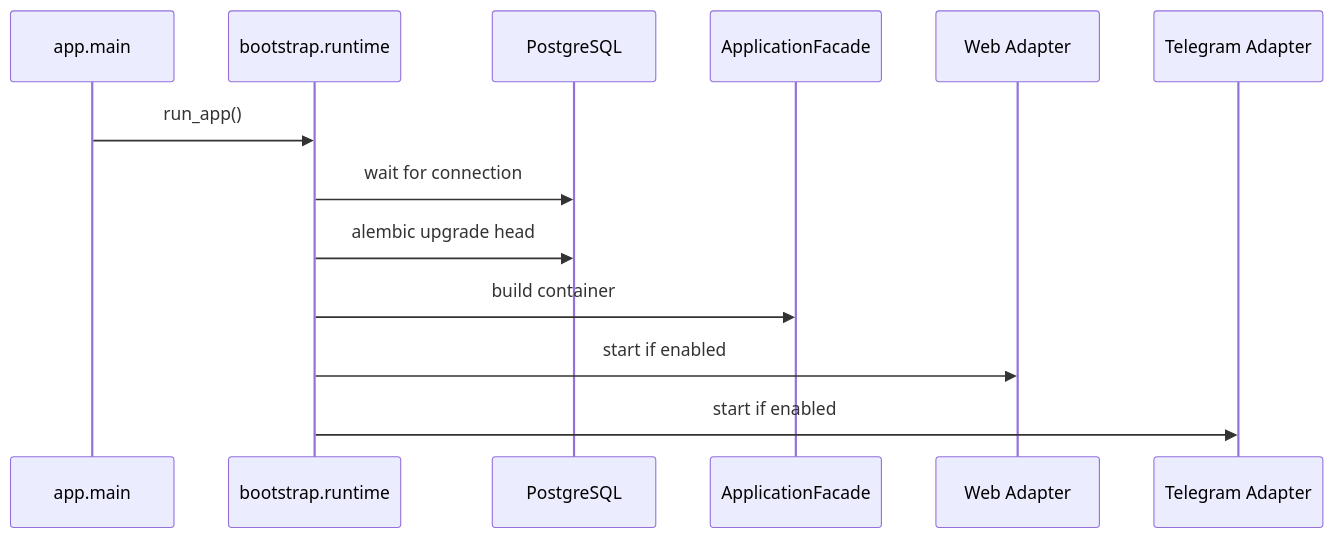
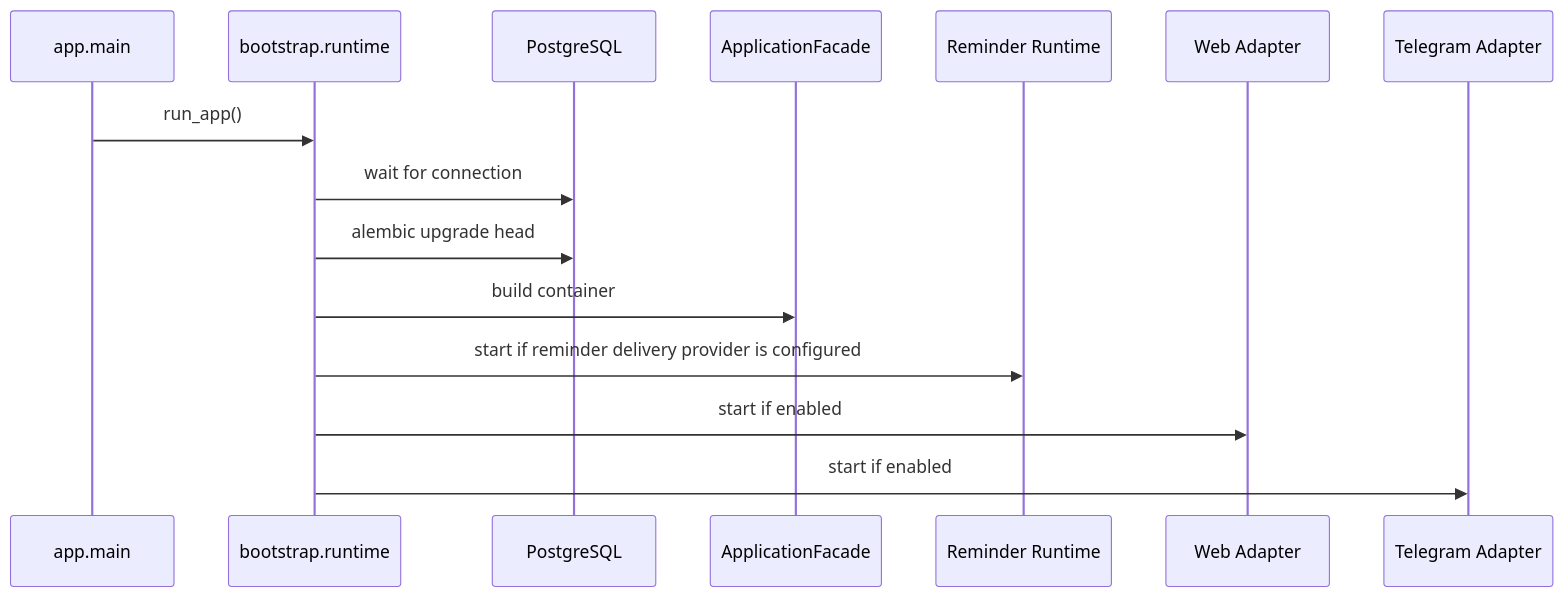
One commit to kuznetzdev/cashback_bot changed the second of 2 diagrams in docs/ARCHITECTURE.md. Above: the diagram before and after it, drawn with Mermaid. The commit also changed other lines of this file and 80 other files, not shown here.

````diff
--- a/docs/ARCHITECTURE.md
+++ b/docs/ARCHITECTURE.md
@@ -177,16 +239,18 @@
 ```mermaid
 sequenceDiagram
     participant Main as app.main
     participant Runtime as bootstrap.runtime
     participant DB as PostgreSQL
     participant Facade as ApplicationFacade
+    participant Sched as Reminder Runtime
     participant Web as Web Adapter
     participant Tg as Telegram Adapter
 
     Main->>Runtime: run_app()
     Runtime->>DB: wait for connection
     Runtime->>DB: alembic upgrade head
     Runtime->>Facade: build container
+    Runtime->>Sched: start if reminder delivery provider is configured
     Runtime->>Web: start if enabled
     Runtime->>Tg: start if enabled
 ```
````
